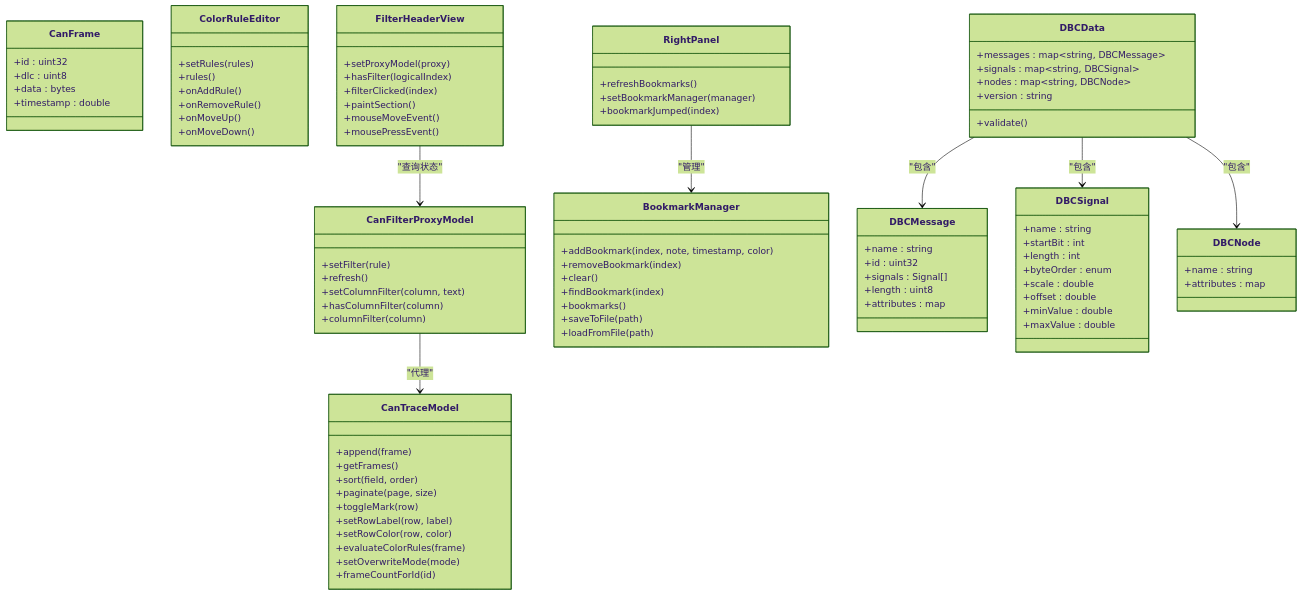
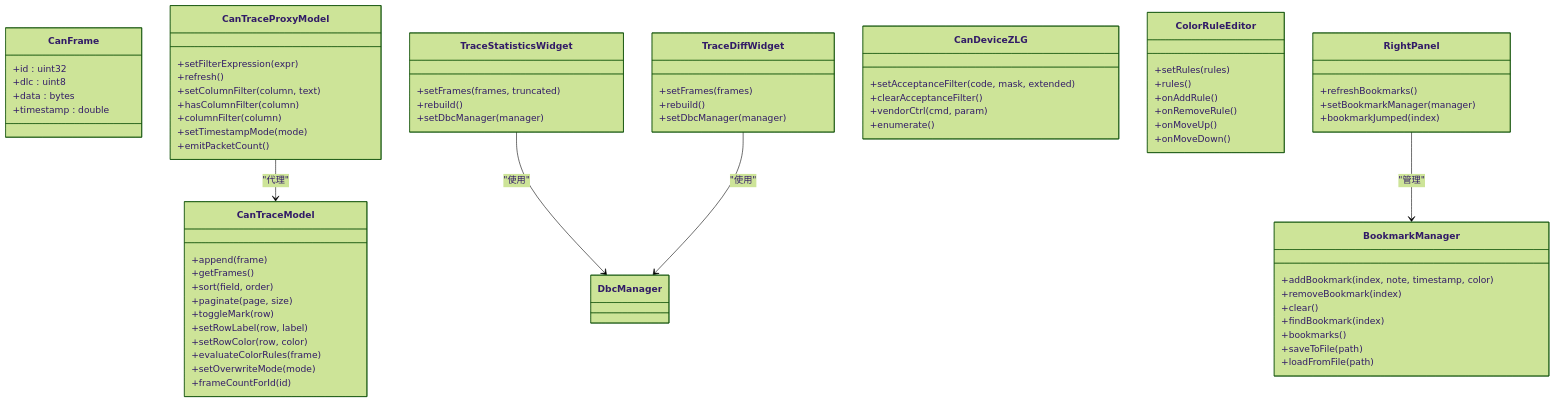
One commit to jakecai1225-design/OpenBus changed the third of 8 diagrams in .qoder/repowiki/zh/content/项目概述/CAN总线分析工具.md. Above: the diagram before and after it, drawn with Mermaid (forest theme). The commit also changed other lines of this file and 22 other files, not shown here.

Commit message:
trace graphic

````diff
--- a/.qoder/repowiki/zh/content/项目概述/CAN总线分析工具.md
+++ b/.qoder/repowiki/zh/content/项目概述/CAN总线分析工具.md
@@ -567,12 +595,30 @@
 +setOverwriteMode(mode)
 +frameCountForId(id)
 }
-class CanFilterProxyModel {
-+setFilter(rule)
+class CanTraceProxyModel {
++setFilterExpression(expr)
 +refresh()
 +setColumnFilter(column, text)
 +hasColumnFilter(column)
 +columnFilter(column)
++setTimestampMode(mode)
++emitPacketCount()
+}
+class TraceStatisticsWidget {
++setFrames(frames, truncated)
++rebuild()
++setDbcManager(manager)
+}
+class TraceDiffWidget {
++setFrames(frames)
++rebuild()
++setDbcManager(manager)
+}
+class CanDeviceZLG {
++setAcceptanceFilter(code, mask, extended)
++clearAcceptanceFilter()
++vendorCtrl(cmd, param)
++enumerate()
 }
 class BookmarkManager {
 +addBookmark(index, note, timestamp, color)
@@ -596,46 +642,8 @@
 +setBookmarkManager(manager)
 +bookmarkJumped(index)
 }
-class FilterHeaderView {
-+setProxyModel(proxy)
-+hasFilter(logicalIndex)
-+filterClicked(index)
-+paintSection()
-+mouseMoveEvent()
-+mousePressEvent()
-}
-class DBCMessage {
-+name : string
-+id : uint32
-+signals : Signal[]
-+length : uint8
-+attributes : map
-}
-class DBCSignal {
-+name : string
-+startBit : int
-+length : int
-+byteOrder : enum
-+scale : double
-+offset : double
-+minValue : double
-+maxValue : double
-}
-class DBCNode {
-+name : string
-+attributes : map
-}
-class DBCData {
-+messages : map~string, DBCMessage~
-+signals : map~string, DBCSignal~
-+nodes : map~string, DBCNode~
-+version : string
-+validate()
-}
-CanFilterProxyModel --> CanTraceModel : "代理"
+CanTraceProxyModel --> CanTraceModel : "代理"
+TraceStatisticsWidget --> DbcManager : "使用"
+TraceDiffWidget --> DbcManager : "使用"
 RightPanel --> BookmarkManager : "管理"
-FilterHeaderView --> CanFilterProxyModel : "查询状态"
-DBCData --> DBCMessage : "包含"
-DBCData --> DBCSignal : "包含"
-DBCData --> DBCNode : "包含"
 ```
````
